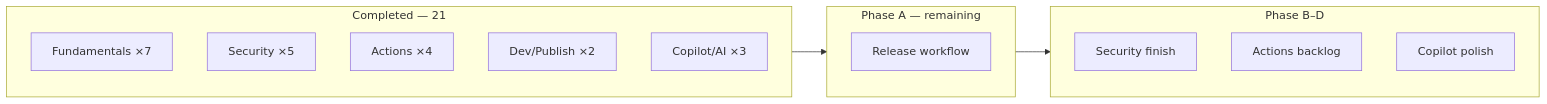
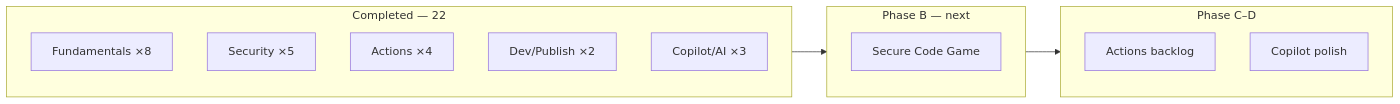
Before and after one commit to blackhebrewisraeli/github-skills-journey: the diagram in ROADMAP.md, drawn with Mermaid. The commit also changed other lines of this file and 1 other file, not shown here.

Commit message:
Log Release-based workflow practice; Phase A complete (22 total).

````diff
--- a/ROADMAP.md
+++ b/ROADMAP.md
@@ -10,19 +10,18 @@
 ```mermaid
 flowchart LR
-    subgraph done [Completed — 21]
-        F[Fundamentals ×7]
+    subgraph done [Completed — 22]
+        F[Fundamentals ×8]
         S[Security ×5]
         A[Actions ×4]
         D[Dev/Publish ×2]
         C[Copilot/AI ×3]
     end
-    subgraph next [Phase A — remaining]
-        N2[Release workflow]
+    subgraph next [Phase B — next]
+        B2[Secure Code Game]
     end
-    subgraph later [Phase B–D]
-        B[Security finish]
+    subgraph later [Phase C–D]
         AB[Actions backlog]
         CP[Copilot polish]
     end
     done --> next --> later
 ```
````
